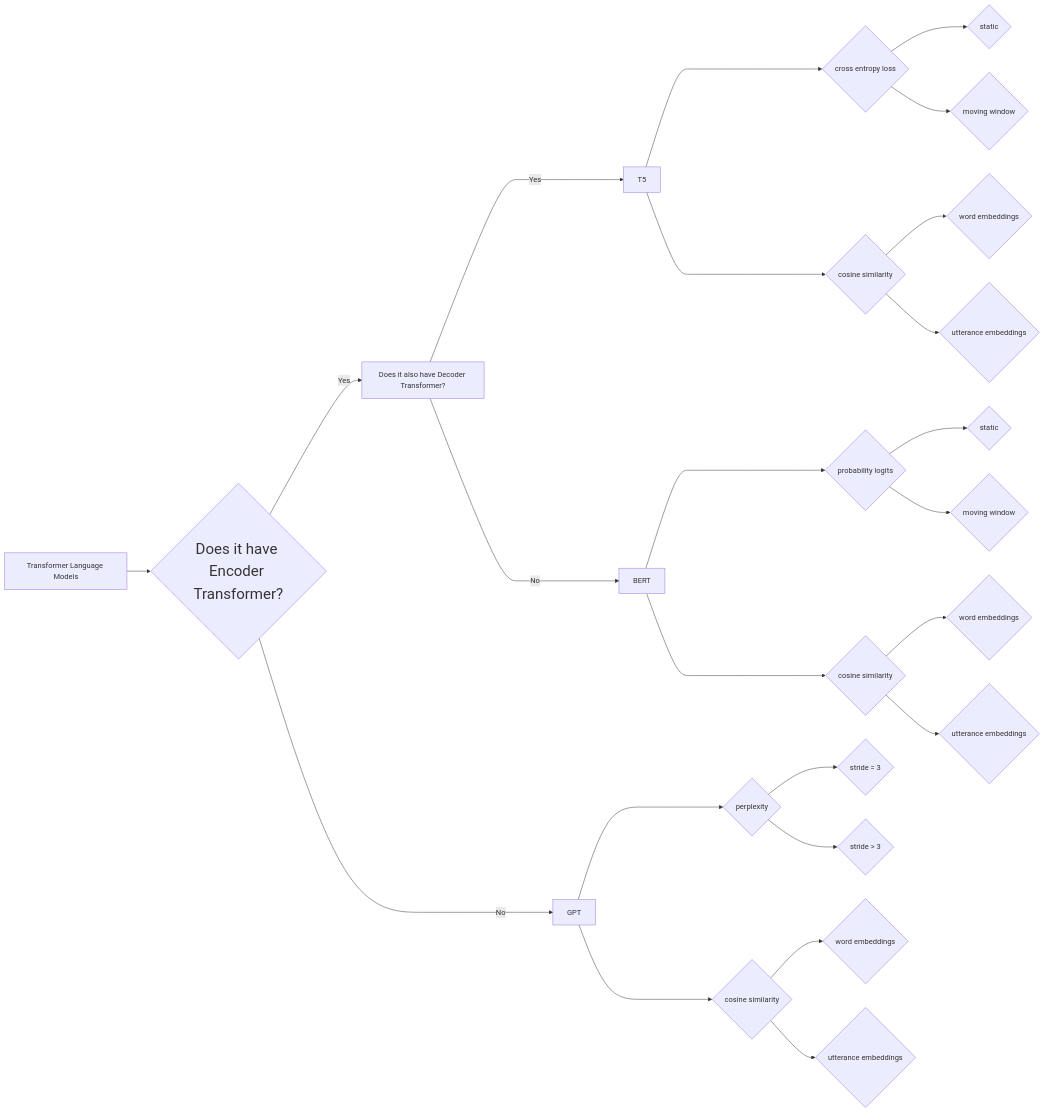
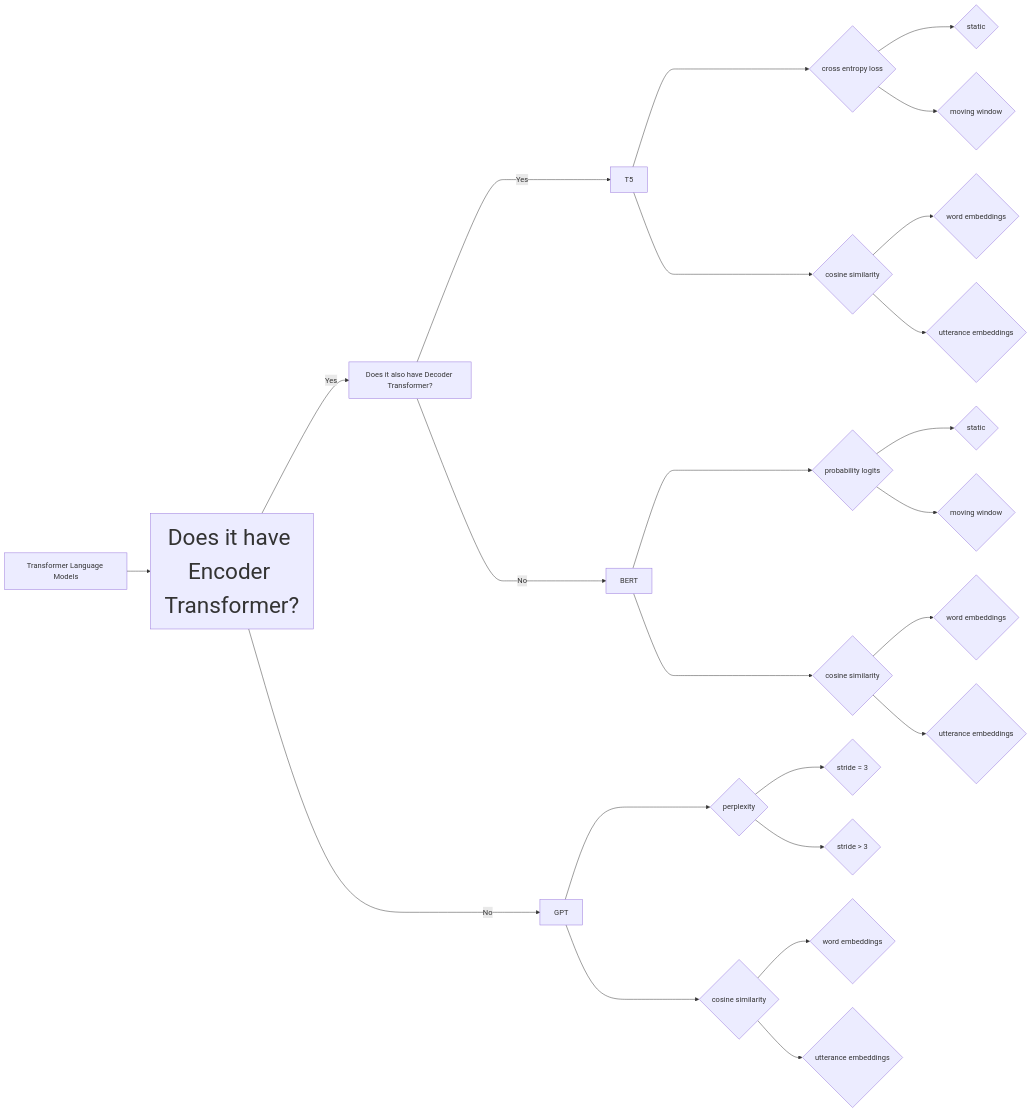
The diagram in README.md (yancong222/SSD-LM-STanglab), drawn with Mermaid before and after one commit.

````diff
--- a/README.md
+++ b/README.md
@@ -4,27 +4,27 @@
 ```mermaid
 flowchart LR
-    A[Transformer Language Models] --> B{<font size=6>Does it have Encoder Transformer?}
+    A[Transformer Language Models] --> B[<font size=12>Does it have Encoder Transformer?]
     B -- Yes --> C[Does it also have Decoder Transformer?]
     C -- Yes ----> D[T5] ----> G{cross entropy loss}
     G --> J{static} 
     G --> K{moving window}
     D ----> P{cosine similarity}
     P --> Q{word embeddings}
     P --> R{utterance embeddings}
     C -- No ----> E[BERT] ----> H{probability logits}
     H --> L{static} 
     H --> M{moving window}
     E ----> S{cosine similarity}
     S --> T{word embeddings}
     S --> U{utterance embeddings}
     B -- No ----> F[GPT] ----> I{perplexity}
     I --> N{stride = 3}
     I --> O{stride > 3}
     F ----> V{cosine similarity}
     V --> W{word embeddings}
     V --> X{utterance embeddings}
     click A "https://github.com/yancong222/scriptscz/blob/main/perplexity/ed_perplexity.py" _blank
     click B "http://www.github.com" "Open this in a new tab" _blank
     click C href "http://www.github.com" _blank
     click D href "http://www.github.com" "Open this in a new tab" _blank
 ```
````
